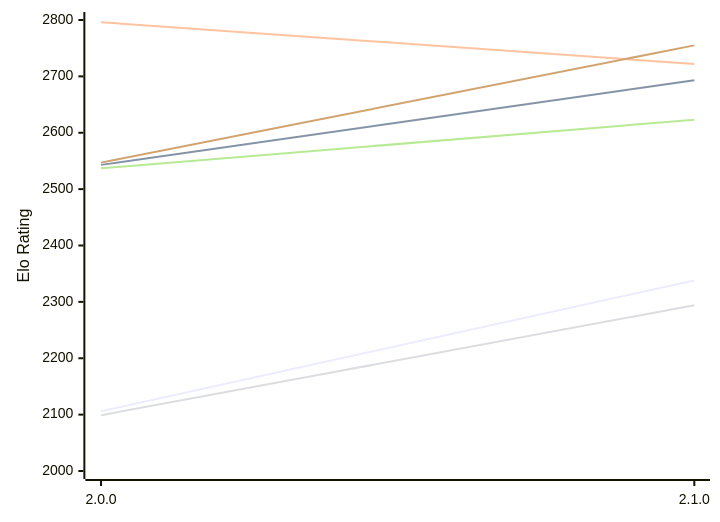
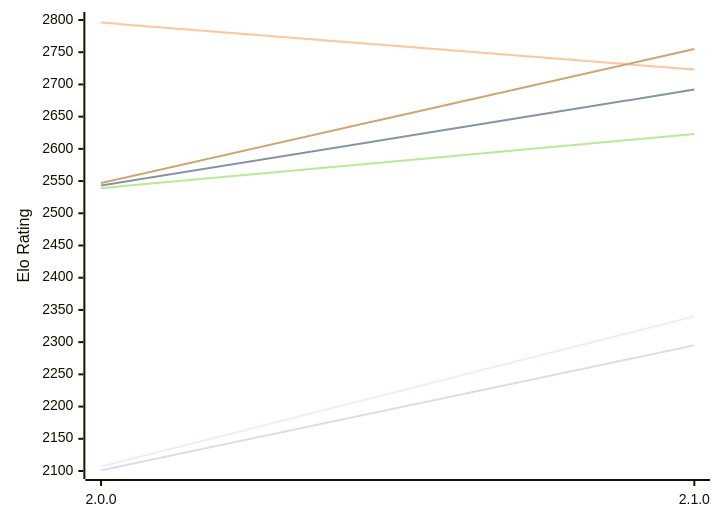
Before and after one commit to computer-chess-index/cci: the first of 2 diagrams in engines/Ratsu.md, drawn with Mermaid. The commit also changed other lines of this file, not shown here.

Commit message:
Update CCI Ratings (ELO VLTC) - 2026-11-19

````diff
--- a/engines/Ratsu.md
+++ b/engines/Ratsu.md
@@ -54,12 +54,12 @@
 ```mermaid
 %%{init: {"theme":"base","themeVariables":{"seriesColors:['#a3a3a3','#222221','#faa371']}}}%%
 xychart-beta
   x-axis ["2.0.0", "2.1.0"]
-  y-axis "Elo Rating" 2000 --> 2800
-  line "E1: STC (8.0+0.08s)" [2106, 2338]
-  line "E1: LTC (60.0+0.60s)" [2543, 2693]
-  line "E1: VLTC (2m24s+1.12s)" [2796, 2722]
-  line "P1: STC (8.0+0.08s)" [2099, 2294]
-  line "P1: LTC (60.0+0.60s)" [2537, 2623]
+  y-axis "Elo Rating" 2100 --> 2800
+  line "E1: STC (8.0+0.08s)" [2107, 2340]
+  line "E1: LTC (60.0+0.60s)" [2543, 2692]
+  line "E1: VLTC (2m24s+1.12s)" [2796, 2723]
+  line "P1: STC (8.0+0.08s)" [2101, 2295]
+  line "P1: LTC (60.0+0.60s)" [2539, 2623]
   line "P1: VLTC (2m24s+1.12s)" [2547, 2755]
 ```
````
